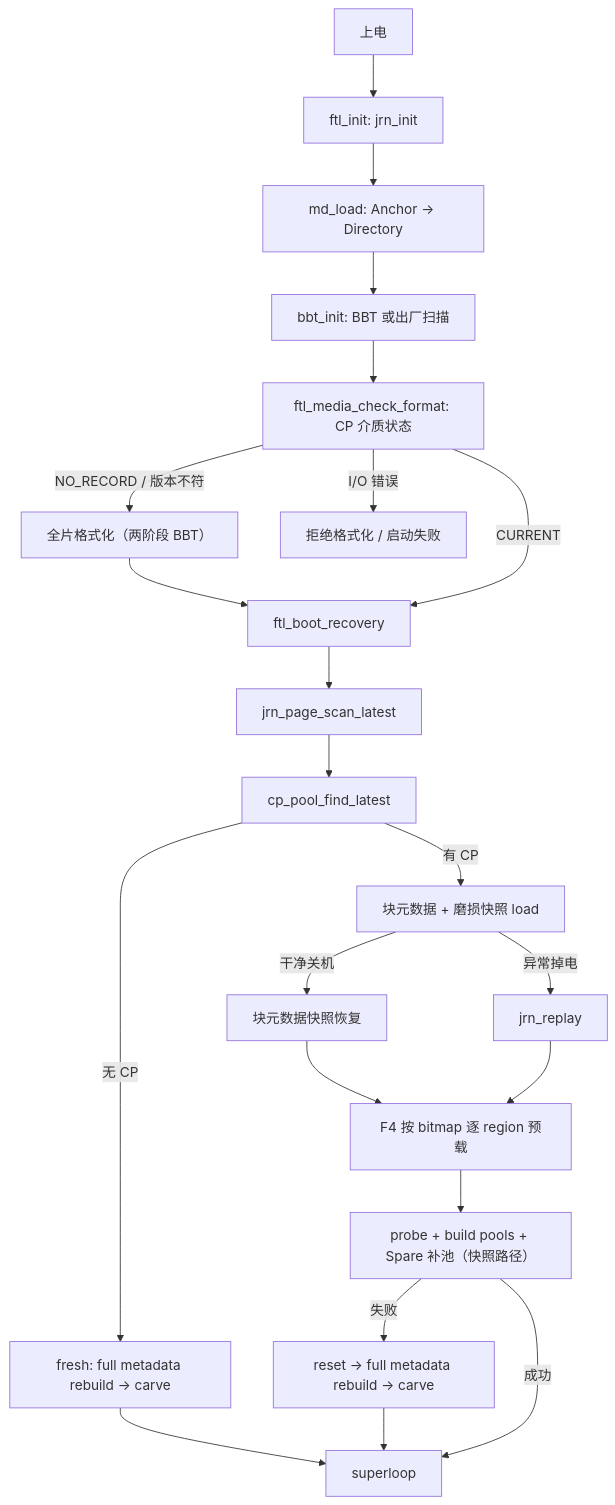
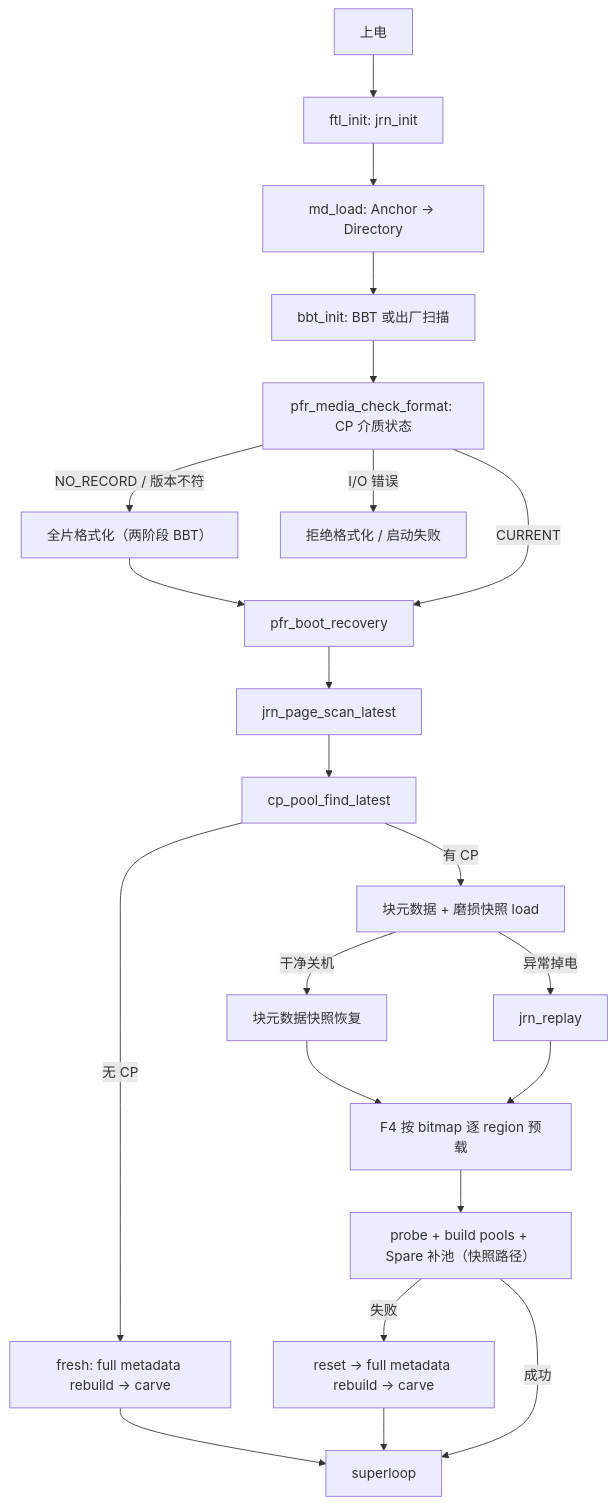
Before and after one commit to YzYMIAO/BASESSD: the third of 32 diagrams in docs/design/ftl_design.md, drawn with Mermaid. The commit also changed other lines of this file and 14 other files, not shown here.

First line of the commit message:
refactor(ftl): power_failure_recovery 收口 + 修组槽满错误路径

````diff
--- a/docs/design/ftl_design.md
+++ b/docs/design/ftl_design.md
@@ -911,24 +911,24 @@
 ```mermaid
 flowchart TD
     PWR["上电"] --> JI["ftl_init: jrn_init"]
     JI --> MDL["md_load: Anchor → Directory"]
     MDL --> BBTI["bbt_init: BBT 或出厂扫描"]
-    BBTI --> VER["ftl_media_check_format: CP 介质状态"]
+    BBTI --> VER["pfr_media_check_format: CP 介质状态"]
     VER -- "NO_RECORD / 版本不符" --> FMT["全片格式化（两阶段 BBT）"]
     VER -- "I/O 错误" --> HALT["拒绝格式化 / 启动失败"]
-    VER -- "CURRENT" --> BR["ftl_boot_recovery"]
+    VER -- "CURRENT" --> BR["pfr_boot_recovery"]
     FMT --> BR
     BR --> JS["jrn_page_scan_latest"]
     JS --> CPF["cp_pool_find_latest"]
     CPF -- "无 CP" --> FRESH["fresh: full metadata rebuild → carve"]
     CPF -- "有 CP" --> LS["块元数据 + 磨损快照 load"]
     LS -- "干净关机" --> CL["块元数据快照恢复"]
     LS -- "异常掉电" --> JR["jrn_replay"]
     CL --> F4["F4 按 bitmap 逐 region 预载"]
     JR --> F4
     F4 --> POOL["probe + build pools + Spare 补池（快照路径）"]
     POOL -- "失败" --> FB["reset → full metadata rebuild → carve"]
     POOL -- "成功" --> LOOP["superloop"]
     FRESH --> LOOP
     FB --> LOOP
 ```
````
